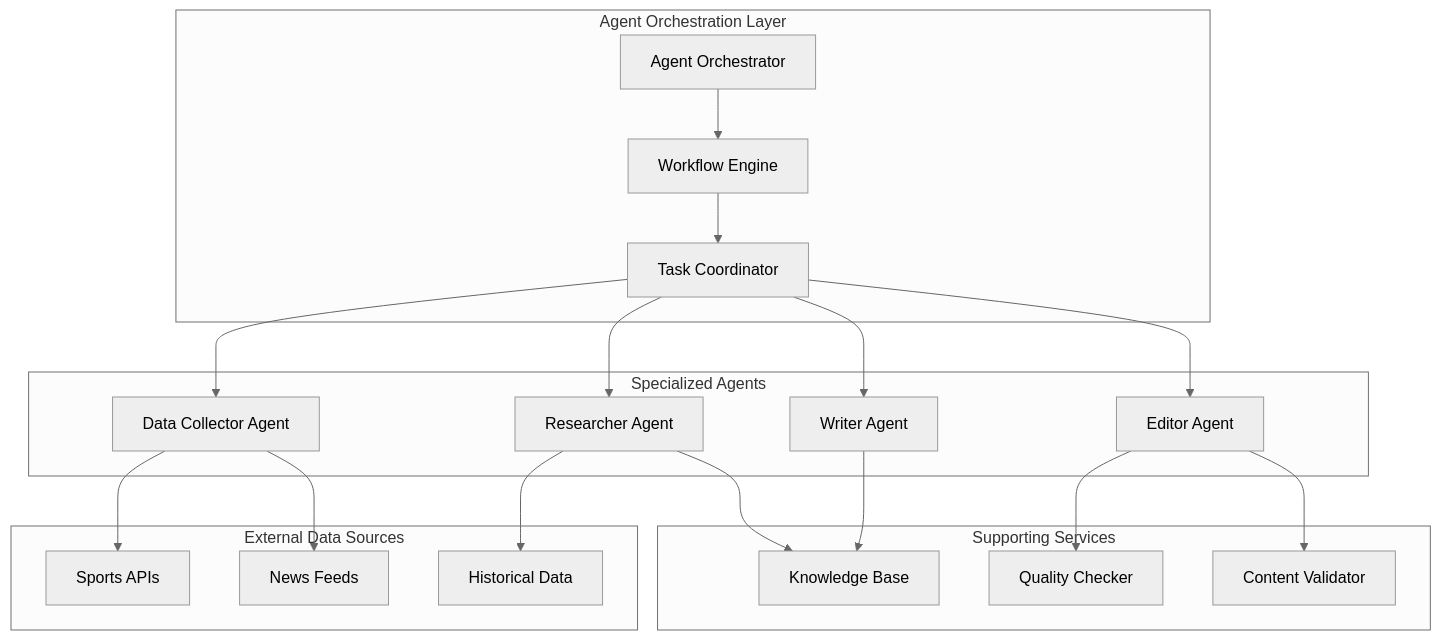
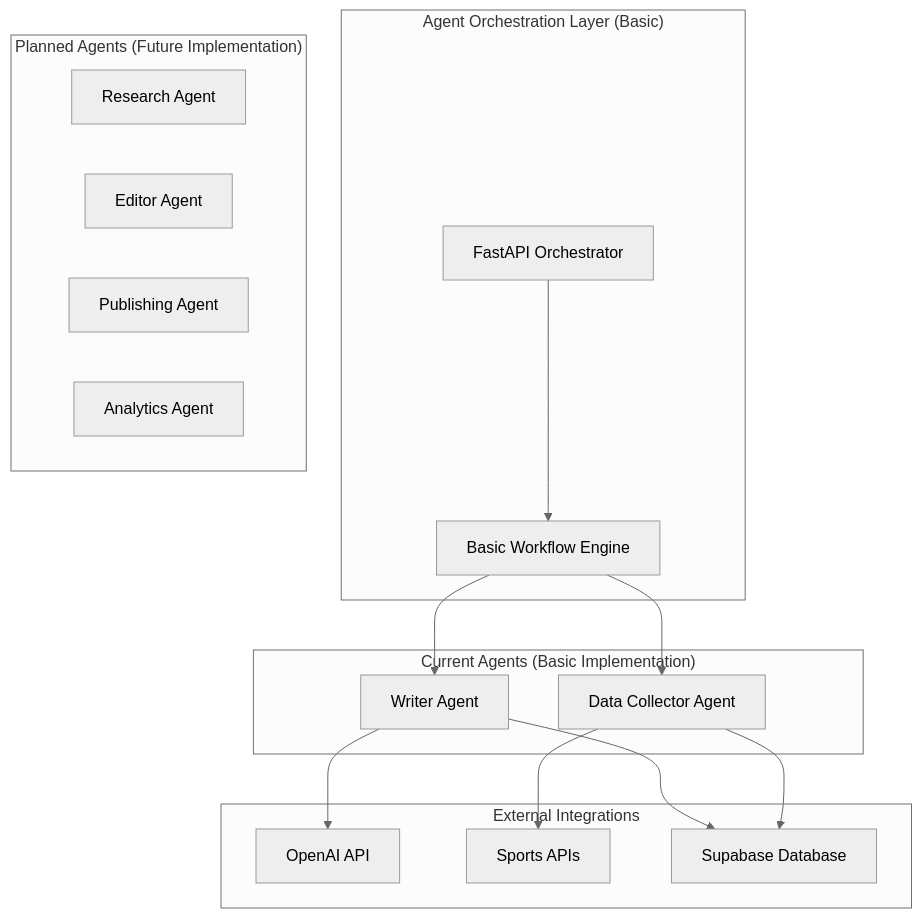
The first of 3 diagrams in docs/architecture/multi-agent-design.md (vibing-ai/sports-scribe), drawn with Mermaid (neutral theme) before and after one commit. The commit also changed other lines of this file and 28 other files, not shown here.

````diff
--- a/docs/architecture/multi-agent-design.md
+++ b/docs/architecture/multi-agent-design.md
@@ -11,42 +37,33 @@
 ```mermaid
 graph TB
-    subgraph "Agent Orchestration Layer"
-        ORCHESTRATOR[Agent Orchestrator]
-        WORKFLOW[Workflow Engine]
-        COORDINATOR[Task Coordinator]
+    subgraph "Agent Orchestration Layer (Basic)"
+        ORCHESTRATOR[FastAPI Orchestrator]
+        WORKFLOW[Basic Workflow Engine]
     end
 
-    subgraph "Specialized Agents"
+    subgraph "Current Agents (Basic Implementation)"
         DATA_COLLECTOR[Data Collector Agent]
-        RESEARCHER[Researcher Agent]
         WRITER[Writer Agent]
-        EDITOR[Editor Agent]
     end
 
-    subgraph "Supporting Services"
-        KNOWLEDGE_BASE[Knowledge Base]
-        QUALITY_CHECKER[Quality Checker]
-        CONTENT_VALIDATOR[Content Validator]
+    subgraph "Planned Agents (Future Implementation)"
+        RESEARCHER[Research Agent]
+        EDITOR[Editor Agent]
+        PUBLISHER[Publishing Agent]
+        ANALYTICS[Analytics Agent]
     end
 
-    subgraph "External Data Sources"
+    subgraph "External Integrations"
+        OPENAI[OpenAI API]
         SPORTS_APIS[Sports APIs]
-        NEWS_FEEDS[News Feeds]
-        HISTORICAL_DATA[Historical Data]
+        DATABASE[Supabase Database]
     end
 
     ORCHESTRATOR --> WORKFLOW
-    WORKFLOW --> COORDINATOR
-    COORDINATOR --> DATA_COLLECTOR
-    COORDINATOR --> RESEARCHER
-    COORDINATOR --> WRITER
-    COORDINATOR --> EDITOR
-
+    WORKFLOW --> DATA_COLLECTOR
+    WORKFLOW --> WRITER
     DATA_COLLECTOR --> SPORTS_APIS
-    DATA_COLLECTOR --> NEWS_FEEDS
-    RESEARCHER --> KNOWLEDGE_BASE
-    RESEARCHER --> HISTORICAL_DATA
-    WRITER --> KNOWLEDGE_BASE
-    EDITOR --> QUALITY_CHECKER
-    EDITOR --> CONTENT_VALIDATOR
+    WRITER --> OPENAI
+    WRITER --> DATABASE
+    DATA_COLLECTOR --> DATABASE
 ```
````
